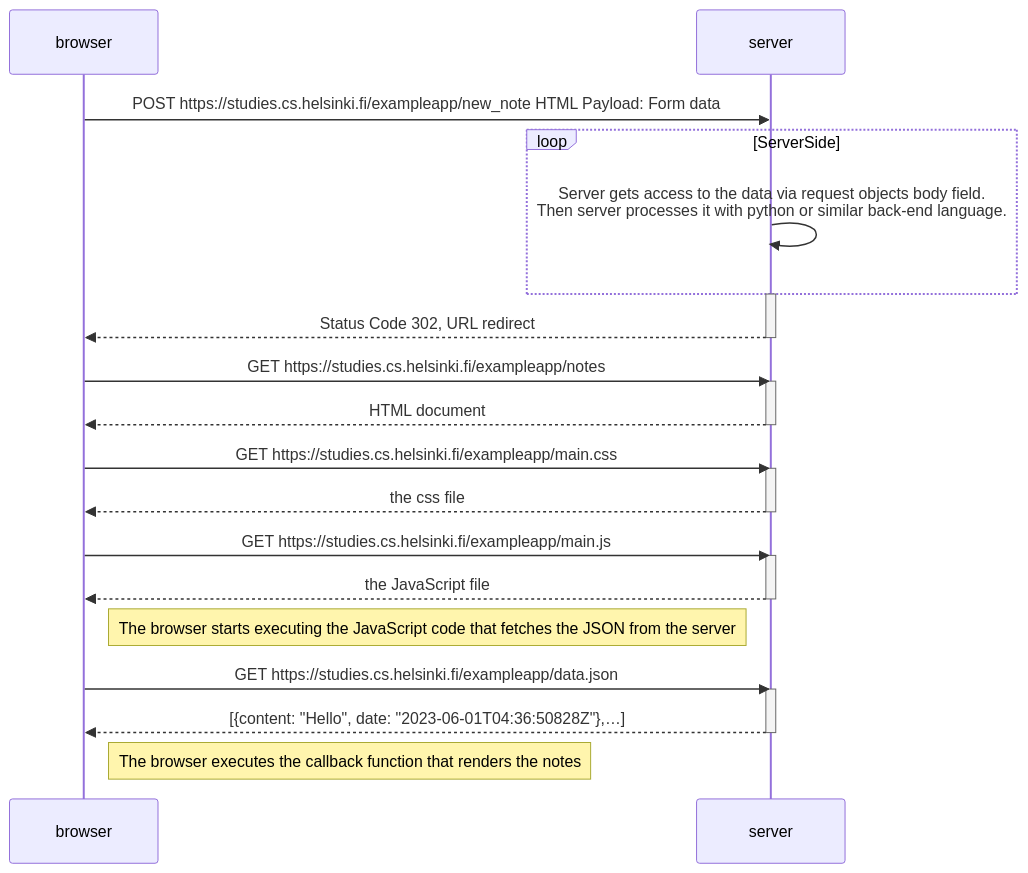
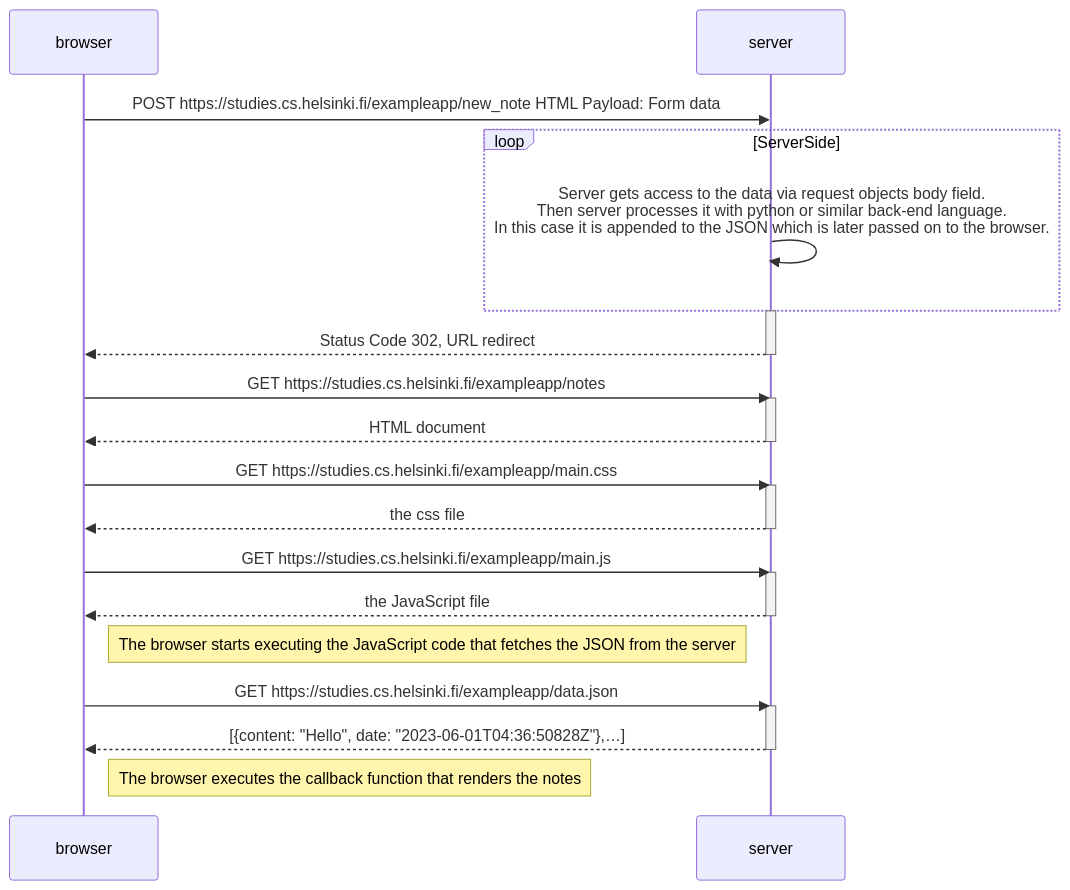
The diagram in new_note_diagram.md (Gwasagir/fullstack_open), drawn with Mermaid before and after one commit.

Commit message:
linebreak working. Added more explanation on serverside action in 0.4

````diff
--- a/new_note_diagram.md
+++ b/new_note_diagram.md
@@ -3,36 +3,36 @@
 ```mermaid
 sequenceDiagram
 participant browser
 participant server
 
 browser->>server: POST https://studies.cs.helsinki.fi/exampleapp/new_note HTML Payload: Form data
 loop ServerSide 
-    server->>server: Server gets access to the data via request objects body field. <br> Then server processes it with python or similar back-end language.
+    server->>server: Server gets access to the data via request objects body field. <br> Then server processes it with python or similar back-end language. <br> In this case it is appended to the JSON which is later passed on to the browser.
 end
 activate server
 server-->>browser: Status Code 302, URL redirect
 deactivate server
 
 browser->>server: GET https://studies.cs.helsinki.fi/exampleapp/notes
 activate server
 server-->>browser: HTML document
 deactivate server
 
 browser->>server: GET https://studies.cs.helsinki.fi/exampleapp/main.css
 activate server
 server-->>browser: the css file
 deactivate server
 
 browser->>server: GET https://studies.cs.helsinki.fi/exampleapp/main.js
 activate server
 server-->>browser: the JavaScript file
 deactivate server
 
 Note right of browser: The browser starts executing the JavaScript code that fetches the JSON from the server
 
 browser->>server: GET https://studies.cs.helsinki.fi/exampleapp/data.json
 activate server
 server-->>browser: [{content: "Hello", date: "2023-06-01T04:36:50828Z"},…]
 deactivate server
 Note right of browser: The browser executes the callback function that renders the notes
 ```
````
